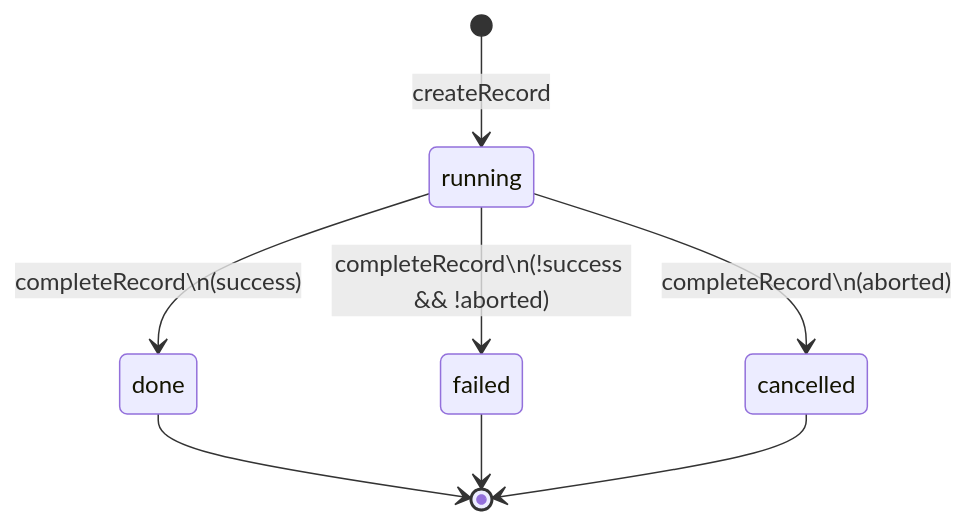
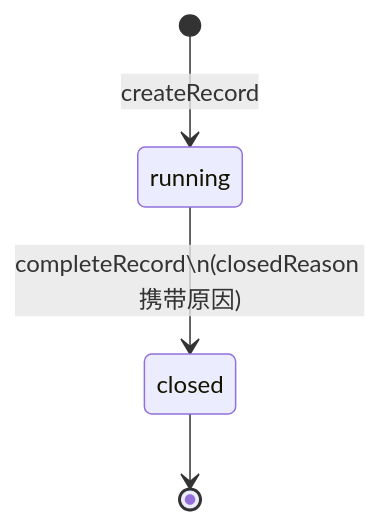
Before and after one commit to zhushanwen321/xyz-agent: the first of 2 diagrams in docs/extensions/subagents/data-model.md, drawn with Mermaid. The commit also changed other lines of this file and 18 other files, not shown here.

````diff
--- a/docs/extensions/subagents/data-model.md
+++ b/docs/extensions/subagents/data-model.md
@@ -104,10 +110,6 @@
 ```mermaid
 stateDiagram-v2
     [*] --> running: createRecord
-    running --> done: completeRecord\n(success)
-    running --> failed: completeRecord\n(!success && !aborted)
-    running --> cancelled: completeRecord\n(aborted)
-    done --> [*]
-    failed --> [*]
-    cancelled --> [*]
+    running --> closed: completeRecord\n(closedReason 携带原因)
+    closed --> [*]
 ```
````
